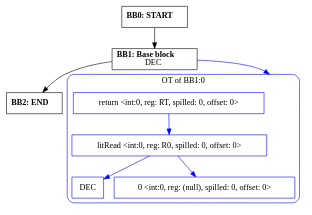
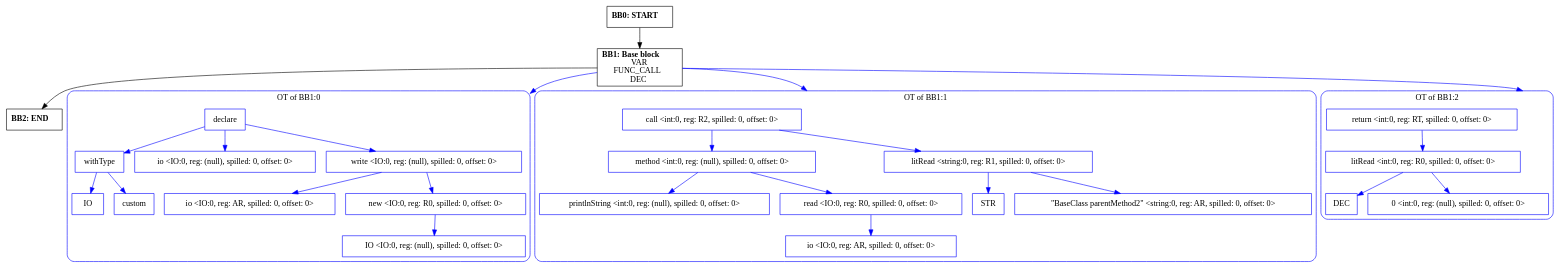
One commit to zavar152-cv/myLang-oop-compiler changed the diagram in outputs/cfg/oop/oop1.BaseClass.parentMethod2.dot. Above: the diagram before and after it, drawn with Graphviz. The commit also changed 33 other files, not shown here.

```diff
--- a/outputs/cfg/oop/oop1.BaseClass.parentMethod2.dot
+++ b/outputs/cfg/oop/oop1.BaseClass.parentMethod2.dot
@@ -1,26 +1,72 @@
 digraph CFG {
     compound=true;
     graph [splines=true];
     node [shape=rectangle];
 
     BB2 [label=<<B>BB2: END</B><BR ALIGN="CENTER"/>>];
-    BB1 [label=<<B>BB1: Base block</B><BR ALIGN="CENTER"/>DEC<BR ALIGN="CENTER"/>>];
+    BB1 [label=<<B>BB1: Base block</B><BR ALIGN="CENTER"/>VAR<BR ALIGN="CENTER"/>FUNC_CALL<BR ALIGN="CENTER"/>DEC<BR ALIGN="CENTER"/>>];
     subgraph cluster_instruction0 {
         label = "OT of BB1:0";
         style=rounded;
         color=blue;
         entry0 [shape=point, style=invis];
-        node0 [label="return <int:0, reg: RT, spilled: 0, offset: 0>", color=blue];
-        node1 [label="litRead <int:0, reg: R0, spilled: 0, offset: 0>", color=blue];
-        node2 [label="DEC", color=blue];
+        node0 [label="declare", color=blue];
+        node1 [label="withType", color=blue];
+        node2 [label="IO", color=blue];
         node1 -> node2[color=blue];
-        node3 [label="0 <int:0, reg: (null), spilled: 0, offset: 0>", color=blue];
+        node3 [label="custom", color=blue];
         node1 -> node3[color=blue];
         node0 -> node1[color=blue];
+        node4 [label="io <IO:0, reg: (null), spilled: 0, offset: 0>", color=blue];
+        node0 -> node4[color=blue];
+        node5 [label="write <IO:0, reg: (null), spilled: 0, offset: 0>", color=blue];
+        node6 [label="io <IO:0, reg: AR, spilled: 0, offset: 0>", color=blue];
+        node5 -> node6[color=blue];
+        node7 [label="new <IO:0, reg: R0, spilled: 0, offset: 0>", color=blue];
+        node8 [label="IO <IO:0, reg: (null), spilled: 0, offset: 0>", color=blue];
+        node7 -> node8[color=blue];
+        node5 -> node7[color=blue];
+        node0 -> node5[color=blue];
     }
     BB1 -> entry0 [lhead=cluster_instruction0, color=blue];
+    subgraph cluster_instruction1 {
+        label = "OT of BB1:1";
+        style=rounded;
+        color=blue;
+        entry1 [shape=point, style=invis];
+        node9 [label="call <int:0, reg: R2, spilled: 0, offset: 0>", color=blue];
+        node10 [label="method <int:0, reg: (null), spilled: 0, offset: 0>", color=blue];
+        node11 [label="printlnString <int:0, reg: (null), spilled: 0, offset: 0>", color=blue];
+        node10 -> node11[color=blue];
+        node12 [label="read <IO:0, reg: R0, spilled: 0, offset: 0>", color=blue];
+        node13 [label="io <IO:0, reg: AR, spilled: 0, offset: 0>", color=blue];
+        node12 -> node13[color=blue];
+        node10 -> node12[color=blue];
+        node9 -> node10[color=blue];
+        node14 [label="litRead <string:0, reg: R1, spilled: 0, offset: 0>", color=blue];
+        node15 [label="STR", color=blue];
+        node14 -> node15[color=blue];
+        node16 [label="\"BaseClass parentMethod2\" <string:0, reg: AR, spilled: 0, offset: 0>", color=blue];
+        node14 -> node16[color=blue];
+        node9 -> node14[color=blue];
+    }
+    BB1 -> entry1 [lhead=cluster_instruction1, color=blue];
+    subgraph cluster_instruction2 {
+        label = "OT of BB1:2";
+        style=rounded;
+        color=blue;
+        entry2 [shape=point, style=invis];
+        node17 [label="return <int:0, reg: RT, spilled: 0, offset: 0>", color=blue];
+        node18 [label="litRead <int:0, reg: R0, spilled: 0, offset: 0>", color=blue];
+        node19 [label="DEC", color=blue];
+        node18 -> node19[color=blue];
+        node20 [label="0 <int:0, reg: (null), spilled: 0, offset: 0>", color=blue];
+        node18 -> node20[color=blue];
+        node17 -> node18[color=blue];
+    }
+    BB1 -> entry2 [lhead=cluster_instruction2, color=blue];
     BB0 [label=<<B>BB0: START</B><BR ALIGN="CENTER"/>>];
 
     BB1 -> BB2;
     BB0 -> BB1;
 }
```
